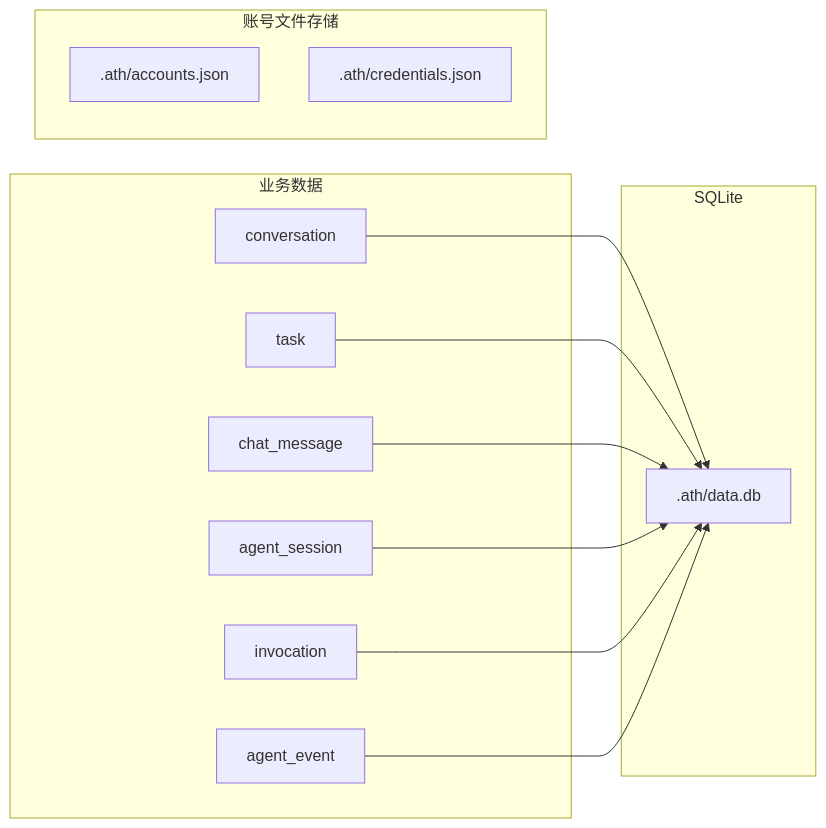
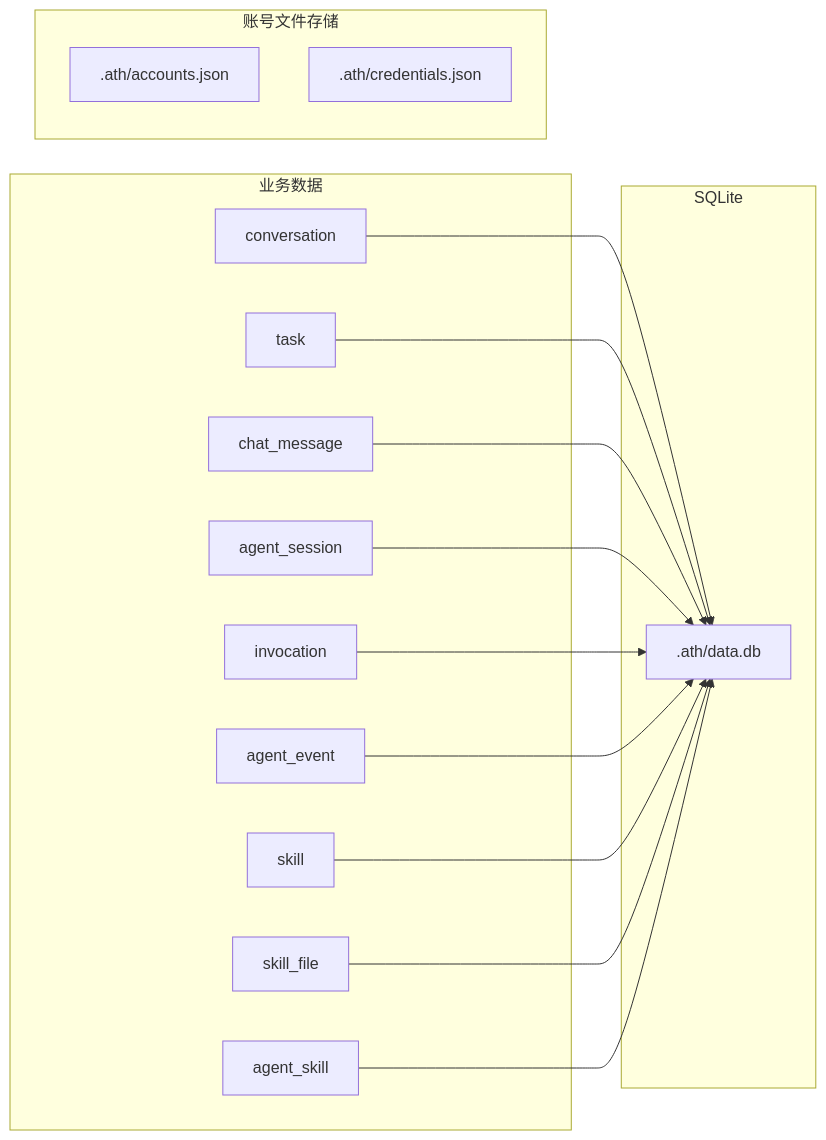
The fourth of 4 diagrams in docs/wiki/07-architecture-diagrams.md (changhuaqiu/agent-task-team), drawn with Mermaid before and after one commit. The commit also changed other lines of this file and 9 other files, not shown here.

First line of the commit message:
docs: update architecture docs for skill system

````diff
--- a/docs/wiki/07-architecture-diagrams.md
+++ b/docs/wiki/07-architecture-diagrams.md
@@ -174,27 +180,33 @@
 ```mermaid
 flowchart LR
   subgraph Business["业务数据"]
     Conversations["conversation"]
     Tasks["task"]
     Messages["chat_message"]
     Sessions["agent_session"]
     Invocations["invocation"]
     Events["agent_event"]
+    Skills["skill"]
+    SkillFiles["skill_file"]
+    AgentSkills["agent_skill"]
   end
 
   subgraph DB["SQLite"]
     DataDB[".ath/data.db"]
   end
 
   subgraph AccountStorage["账号文件存储"]
     AccountsFile[".ath/accounts.json"]
     CredentialsFile[".ath/credentials.json"]
   end
 
   Conversations --> DataDB
   Tasks --> DataDB
   Messages --> DataDB
   Sessions --> DataDB
   Invocations --> DataDB
   Events --> DataDB
+  Skills --> DataDB
+  SkillFiles --> DataDB
+  AgentSkills --> DataDB
 ```
````
